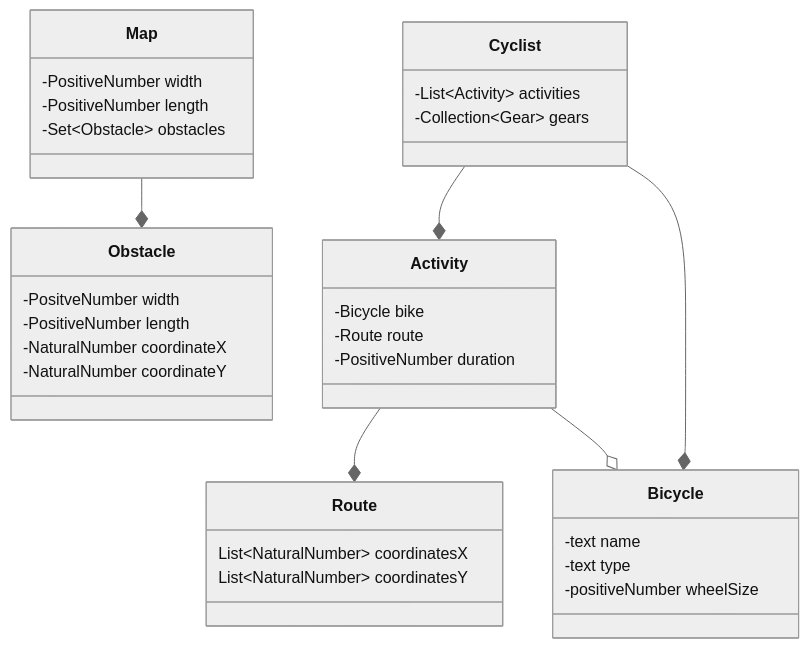
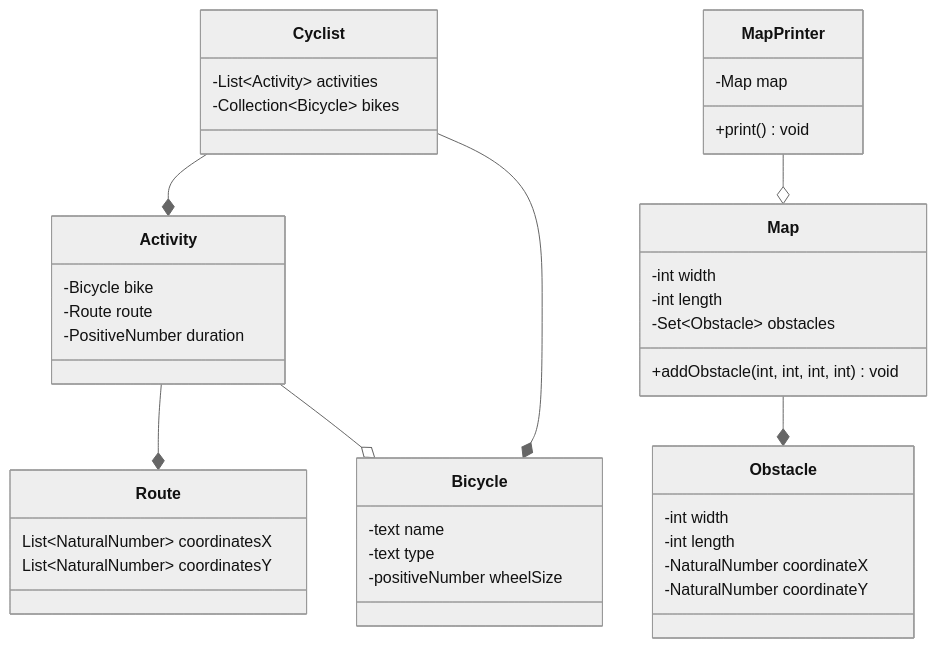
Before and after one commit to NarekVeranyan05/exercise_tracker: the diagram in README.md, drawn with Mermaid (neutral theme). The commit also changed other lines of this file and 3 other files, not shown here.

Commit message:
add Map and Obstacle classes add MapPrint update README.md

````diff
--- a/README.md
+++ b/README.md
@@ -12,51 +12,63 @@
 ```mermaid
 classDiagram
     class Cyclist {
         -List~Activity~ activities
-        -Collection~Gear~ gears
+        -Collection~Bicycle~ bikes
 
 %%        +addActivity() void
-%%        +addGear(text) void
+%%        +addBike(text) void
     }
     
     class Map {
-        -PositiveNumber width
-        -PositiveNumber length
+        %% should be > 0
+        -int width
+        %% should be > 0
+        -int length
         -Set~Obstacle~ obstacles
         
-%%        +addObstacle(WholeNumber, WholeNumber, WholeNumber, WholeNumber) void
+        %% params should be > 0
+        +addObstacle(int, int, int, int) void
+    }
+    
+    class MapPrinter {
+        -Map map
+        
+        +print() void
     }
     
     class Obstacle {
-        -PositveNumber width
-        -PositiveNumber length
+        %% should be > 0
+        -int width
+        %% should be > 0
+        -int length
         -NaturalNumber coordinateX
         -NaturalNumber coordinateY
     }
     
     class Route {
         List~NaturalNumber~ coordinatesX
         List~NaturalNumber~ coordinatesY
     }
     
     class Activity {
         -Bicycle bike
         -Route route
         -PositiveNumber duration
     }
     
     class Bicycle {
         -text name
         -text type
         -positiveNumber wheelSize
     }
     
     
     %% class relationships
     Cyclist --* Activity
     Cyclist --* Bicycle
     Activity --* Route
     Map --* Obstacle
+    MapPrinter --o Map
 
     Activity --o Bicycle
 ```
````
